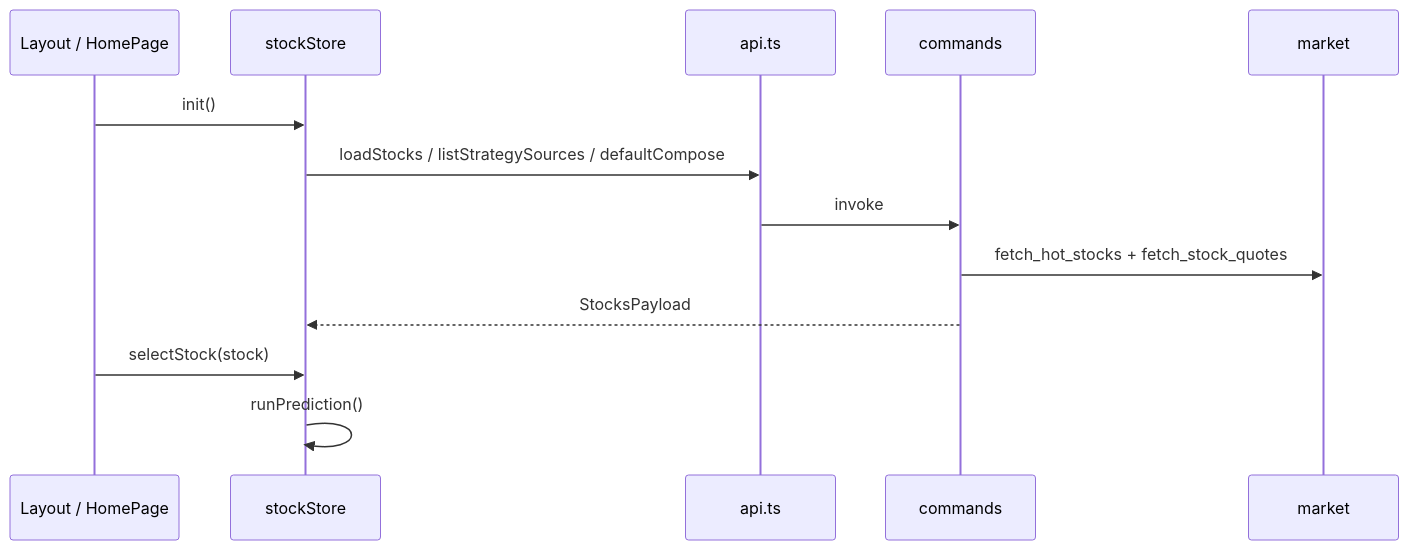
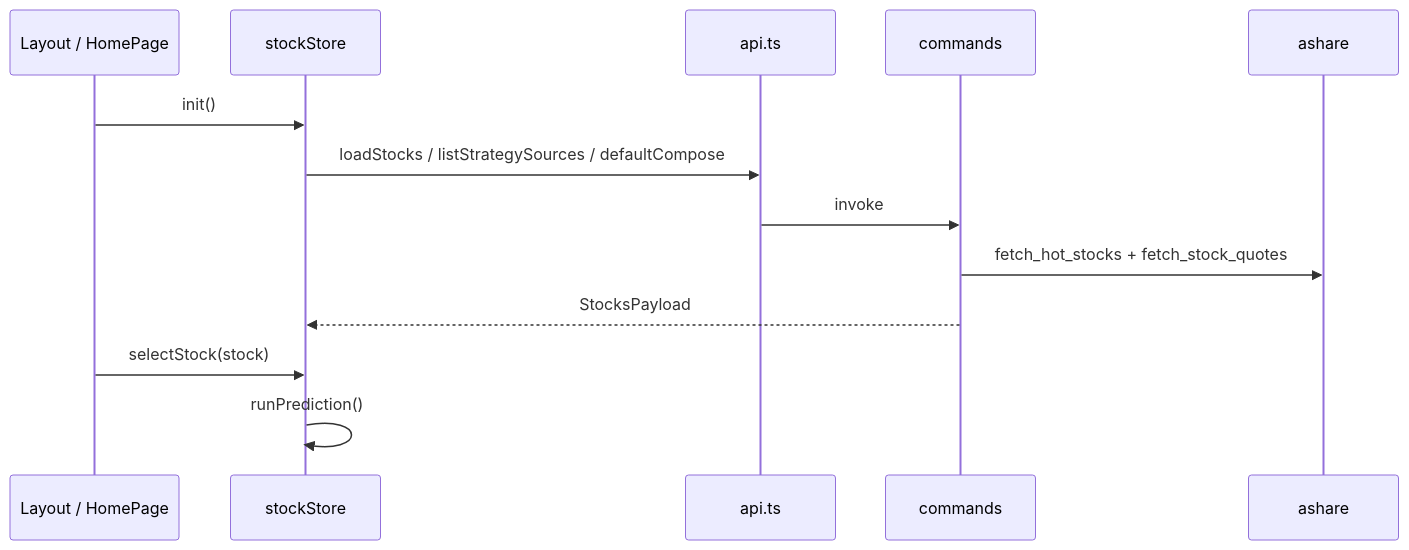
The fourth of 18 diagrams in docs/软件设计说明.md (wuyanwen1997-wyw/stock-predict), drawn with Mermaid before and after one commit. The commit also changed other lines of this file and 10 other files, not shown here.

````diff
--- a/docs/软件设计说明.md
+++ b/docs/软件设计说明.md
@@ -211,16 +232,16 @@
 ```mermaid
 sequenceDiagram
     participant UI as Layout / HomePage
     participant Store as stockStore
     participant API as api.ts
     participant CMD as commands
-    participant MKT as market
+    participant ASH as ashare
 
     UI->>Store: init()
     Store->>API: loadStocks / listStrategySources / defaultCompose
     API->>CMD: invoke
-    CMD->>MKT: fetch_hot_stocks + fetch_stock_quotes
+    CMD->>ASH: fetch_hot_stocks + fetch_stock_quotes
     CMD-->>Store: StocksPayload
     UI->>Store: selectStock(stock)
     Store->>Store: runPrediction()
 ```
````
